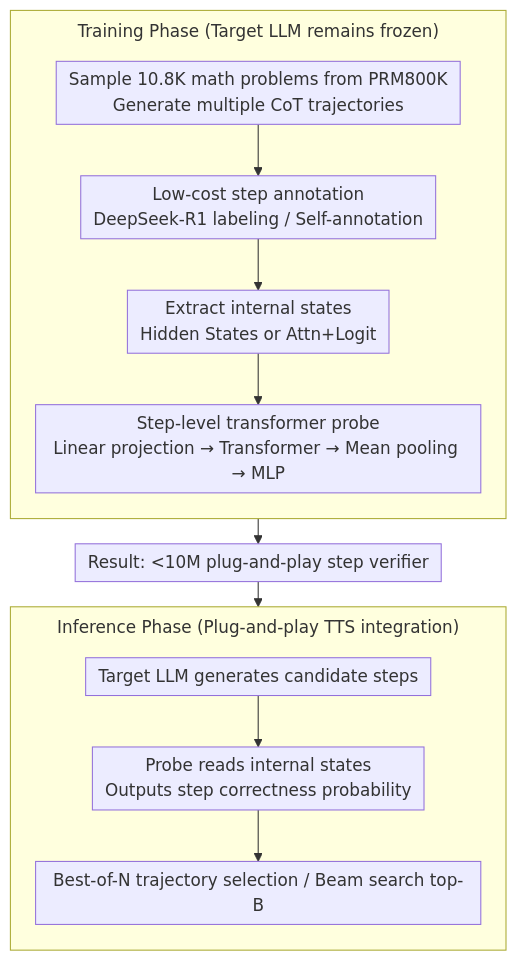
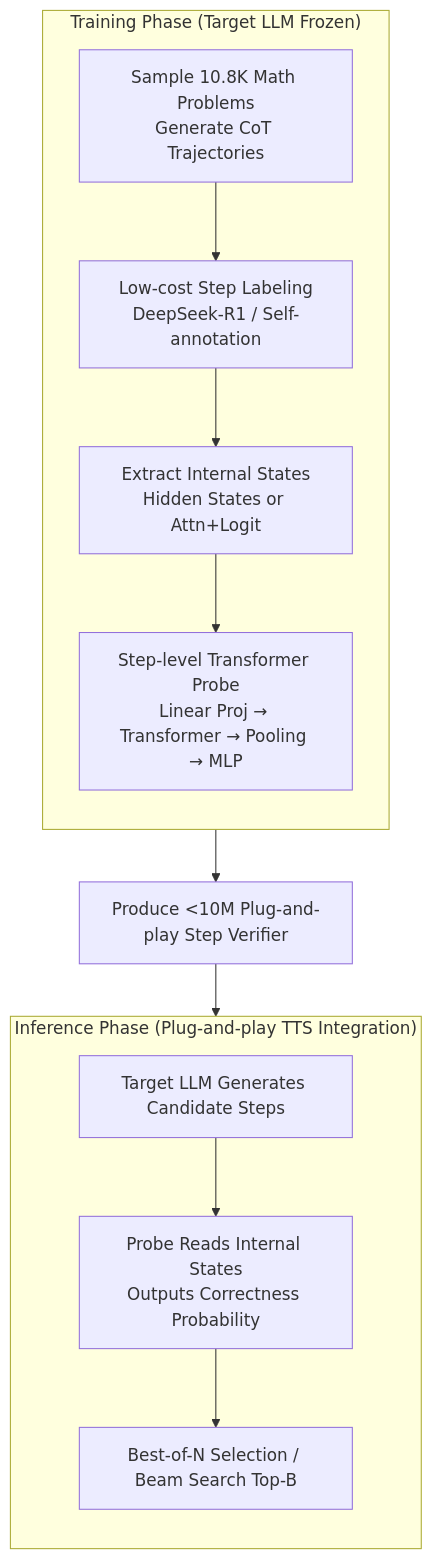
The diagram in docs/ACL2026/llm_reasoning/reprobe_efficient_test-time_scaling_of_multi-step_reasoning_by_probing_internal_.md (zhaoyang97/Paper-Notes-en), drawn with Mermaid before and after one commit. The commit also changed other lines of this file and 5084 other files, not shown here.

````diff
--- a/docs/ACL2026/llm_reasoning/reprobe_efficient_test-time_scaling_of_multi-step_reasoning_by_probing_internal_.md
+++ b/docs/ACL2026/llm_reasoning/reprobe_efficient_test-time_scaling_of_multi-step_reasoning_by_probing_internal_.md
@@ -44,17 +44,16 @@
 ```mermaid
-%%{init: {'flowchart': {'rankSpacing': 24, 'nodeSpacing': 28, 'padding': 6, 'wrappingWidth': 400, 'subGraphTitleMargin': {'top': 8, 'bottom': 16}}}}%%
-flowchart TD
-    subgraph TRAIN["Training Phase (Target LLM remains frozen)"]
+graph TD
+    subgraph TRAIN["Training Phase (Target LLM Frozen)"]
         direction TB
-        A["Sample 10.8K math problems from PRM800K<br/>Generate multiple CoT trajectories"] --> B["Low-cost step annotation<br/>DeepSeek-R1 labeling / Self-annotation"]
-        B --> C["Extract internal states<br/>Hidden States or Attn+Logit"]
-        C --> D["Step-level transformer probe<br/>Linear projection → Transformer → Mean pooling → MLP"]
+        A["Sample 10.8K Math Problems<br/>Generate CoT Trajectories"] --> B["Low-cost Step Labeling<br/>DeepSeek-R1 / Self-annotation"]
+        B --> C["Extract Internal States<br/>Hidden States or Attn+Logit"]
+        C --> D["Step-level Transformer Probe<br/>Linear Proj → Transformer → Pooling → MLP"]
     end
-    D --> E["Result: <10M plug-and-play step verifier"]
-    subgraph INFER["Inference Phase (Plug-and-play TTS integration)"]
+    D --> E["Produce <10M Plug-and-play Step Verifier"]
+    subgraph INFER["Inference Phase (Plug-and-play TTS Integration)"]
         direction TB
-        F["Target LLM generates candidate steps"] --> G["Probe reads internal states<br/>Outputs step correctness probability"]
-        G --> H["Best-of-N trajectory selection / Beam search top-B"]
+        F["Target LLM Generates Candidate Steps"] --> G["Probe Reads Internal States<br/>Outputs Correctness Probability"]
+        G --> H["Best-of-N Selection / Beam Search Top-B"]
     end
     E --> G
 ```
````
